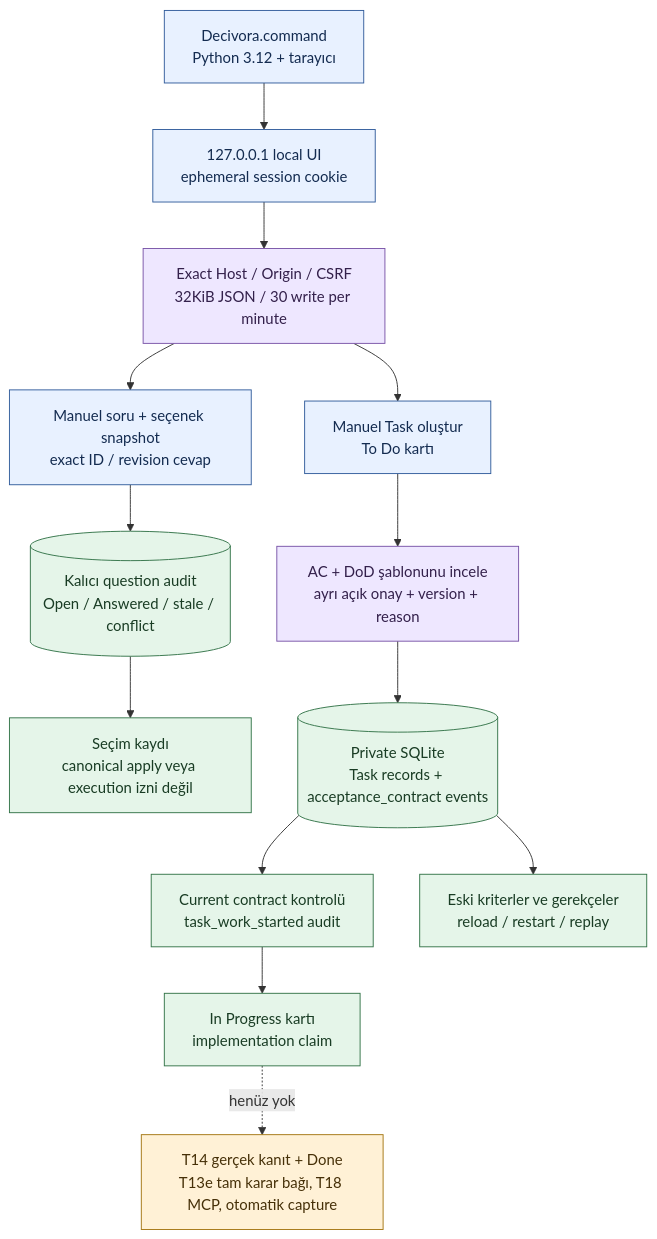
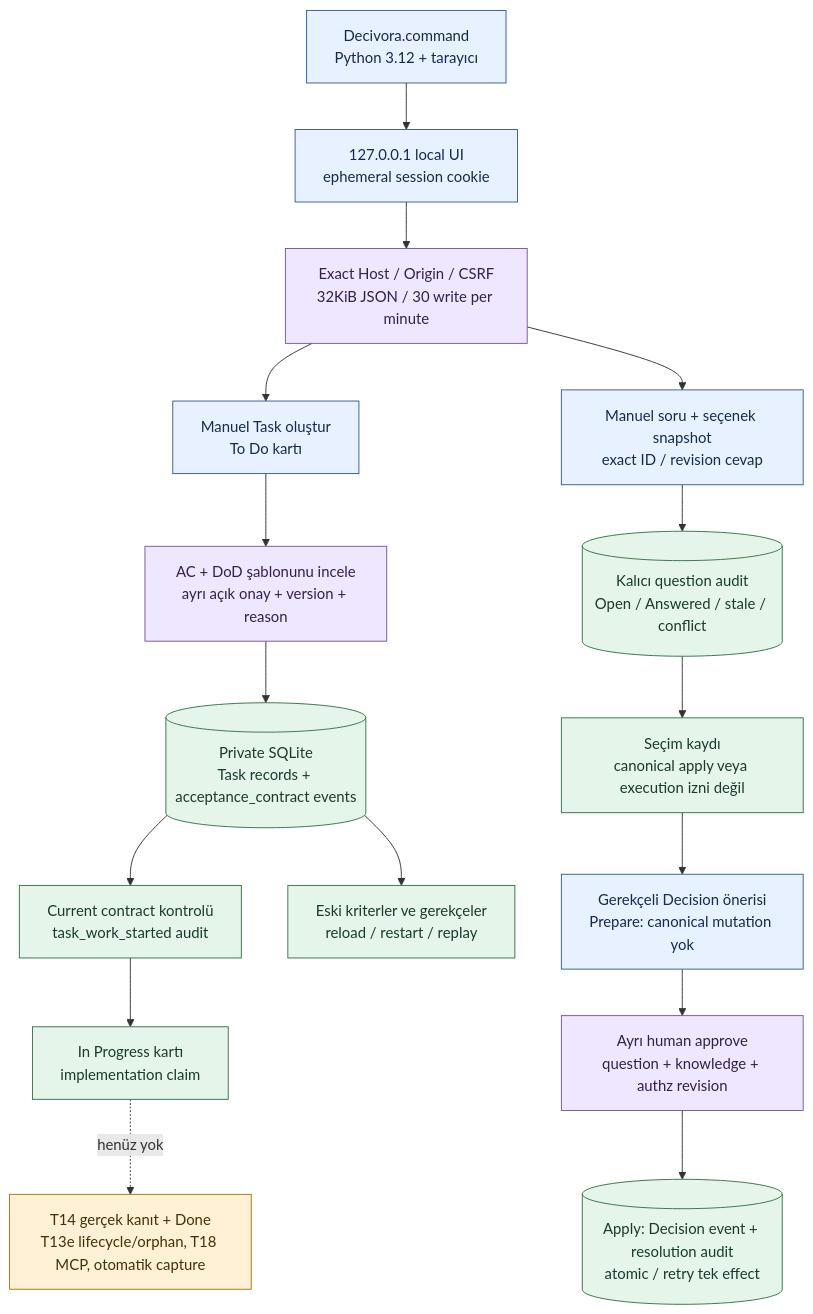
The diagram in docs/architecture/local-preview.md (alphanAkbulut/decivora), drawn with Mermaid before and after one commit. The commit also changed other lines of this file and 19 other files, not shown here.

Commit message:
Build separate approval and atomic Decision apply for selected question answers

````diff
--- a/docs/architecture/local-preview.md
+++ b/docs/architecture/local-preview.md
@@ -5,26 +5,30 @@
 ```mermaid
 flowchart TB
     accTitle: Çalışan yerel program, onaylı AC ve kalıcı kayıt
     accDescr: Launcher yalnız loopback server açar. Ephemeral yerel session ve CSRF kontrolü gerekir. Manuel görev ve AC kalıcı SQLite'a yazılır. In Progress çalışma beyanıdır, Done doğrulama modülü açık olduğu için üretilemez.
     L["Decivora.command<br/>Python 3.12 + tarayıcı"] --> S["127.0.0.1 local UI<br/>ephemeral session cookie"]
     S --> G["Exact Host / Origin / CSRF<br/>32KiB JSON / 30 write per minute"]
     G --> T["Manuel Task oluştur<br/>To Do kartı"]
     G --> Q["Manuel soru + seçenek snapshot<br/>exact ID / revision cevap"]
     Q --> R[("Kalıcı question audit<br/>Open / Answered / stale / conflict")]
     R --> N["Seçim kaydı<br/>canonical apply veya execution izni değil"]
+    N --> P["Gerekçeli Decision önerisi<br/>Prepare: canonical mutation yok"]
+    P --> O["Ayrı human approve<br/>question + knowledge + authz revision"]
+    O --> C[("Apply: Decision event + resolution audit<br/>atomic / retry tek effect")]
     T --> A["AC + DoD şablonunu incele<br/>ayrı açık onay + version + reason"]
     A --> D[("Private SQLite<br/>Task records + acceptance_contract events")]
     D --> W["Current contract kontrolü<br/>task_work_started audit"]
     W --> B["In Progress kartı<br/>implementation claim"]
     D --> H["Eski kriterler ve gerekçeler<br/>reload / restart / replay"]
-    B -. henüz yok .-> V["T14 gerçek kanıt + Done<br/>T13e tam karar bağı, T18 MCP, otomatik capture"]
+    B -. henüz yok .-> V["T14 gerçek kanıt + Done<br/>T13e lifecycle/orphan, T18 MCP, otomatik capture"]
     classDef launcher fill:#e8f1ff,stroke:#315c9b,color:#132b50;
     classDef guard fill:#eee7ff,stroke:#7853a7,color:#33204b;
     classDef stored fill:#e5f5e9,stroke:#327347,color:#193c24;
     classDef pending fill:#fff1d6,stroke:#a47511,color:#463008;
     class L,S,T launcher;
-    class G,A guard;
+    class G,A,O guard;
     class D,W,B,H,R,N stored;
-    class Q launcher;
+    class Q,P launcher;
+    class C stored;
     class V pending;
 ```
````
